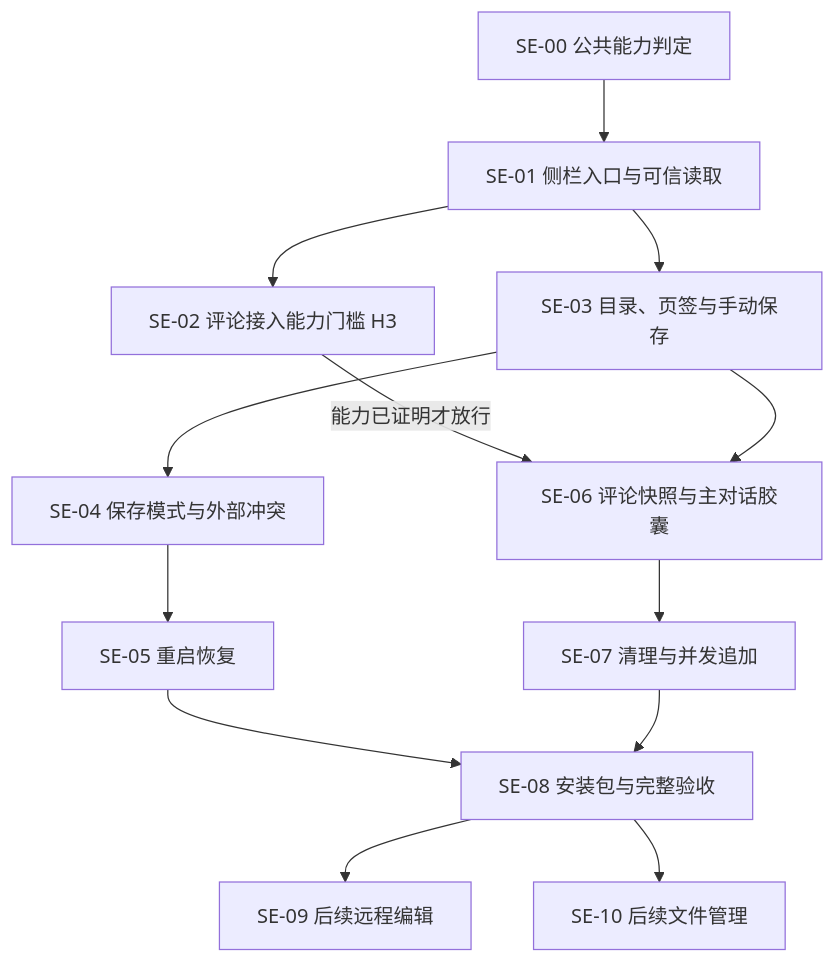
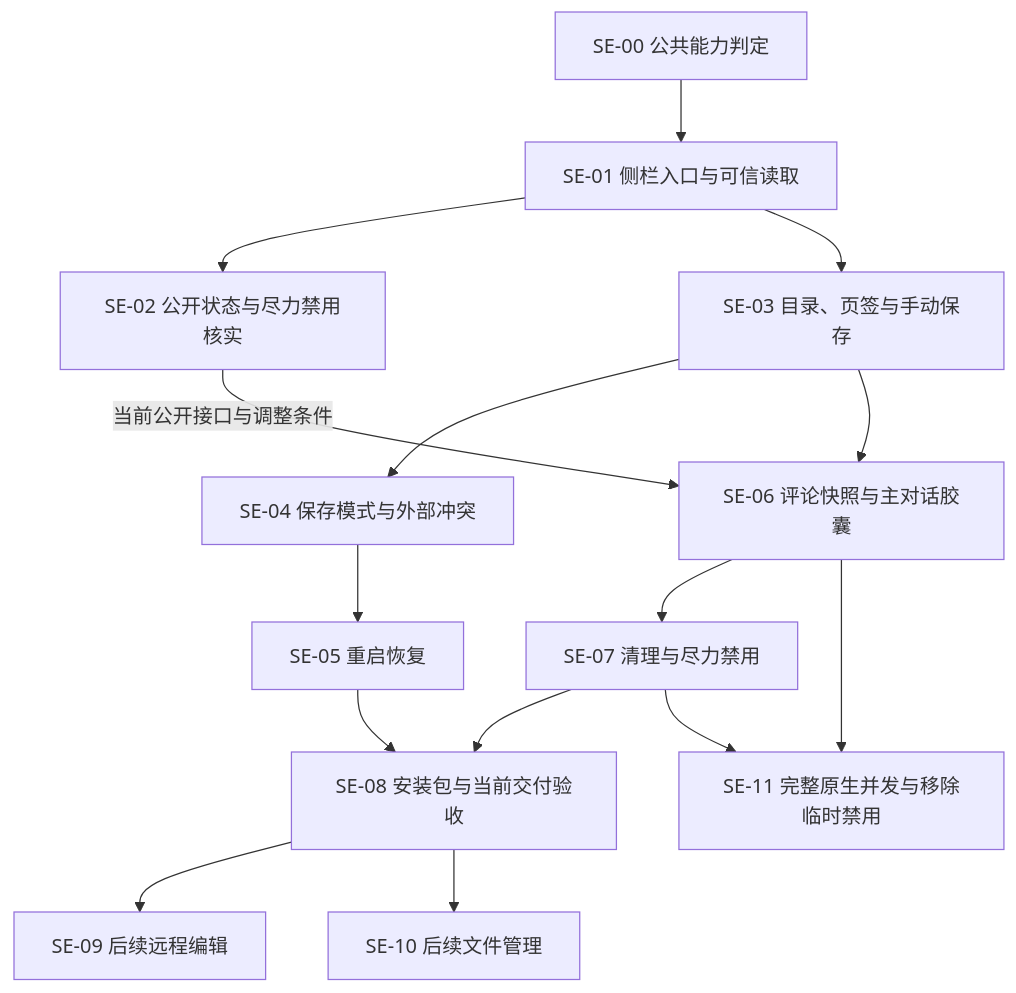
The diagram in suian-side-editor/docs/text-editor-tickets.md (LeoK77S/ZCode-Plugins), drawn with Mermaid before and after one commit. The commit also changed other lines of this file and 9 other files, not shown here.

````diff
--- a/suian-side-editor/docs/text-editor-tickets.md
+++ b/suian-side-editor/docs/text-editor-tickets.md
@@ -33,15 +36,17 @@
 ```mermaid
 flowchart TD
   S00["SE-00 公共能力判定"] --> S01["SE-01 侧栏入口与可信读取"]
-  S01 --> S02["SE-02 评论接入能力门槛 H3"]
+  S01 --> S02["SE-02 公开状态与尽力禁用核实"]
   S01 --> S03["SE-03 目录、页签与手动保存"]
   S03 --> S04["SE-04 保存模式与外部冲突"]
   S04 --> S05["SE-05 重启恢复"]
-  S02 -->|"能力已证明才放行"| S06["SE-06 评论快照与主对话胶囊"]
+  S02 -->|"当前公开接口与调整条件"| S06["SE-06 评论快照与主对话胶囊"]
   S03 --> S06
-  S06 --> S07["SE-07 清理与并发追加"]
-  S05 --> S08["SE-08 安装包与完整验收"]
+  S06 --> S07["SE-07 清理与尽力禁用"]
+  S05 --> S08["SE-08 安装包与当前交付验收"]
   S07 --> S08
   S08 --> S09["SE-09 后续远程编辑"]
   S08 --> S10["SE-10 后续文件管理"]
+  S06 --> S11["SE-11 完整原生并发与移除临时禁用"]
+  S07 --> S11
 ```
````
